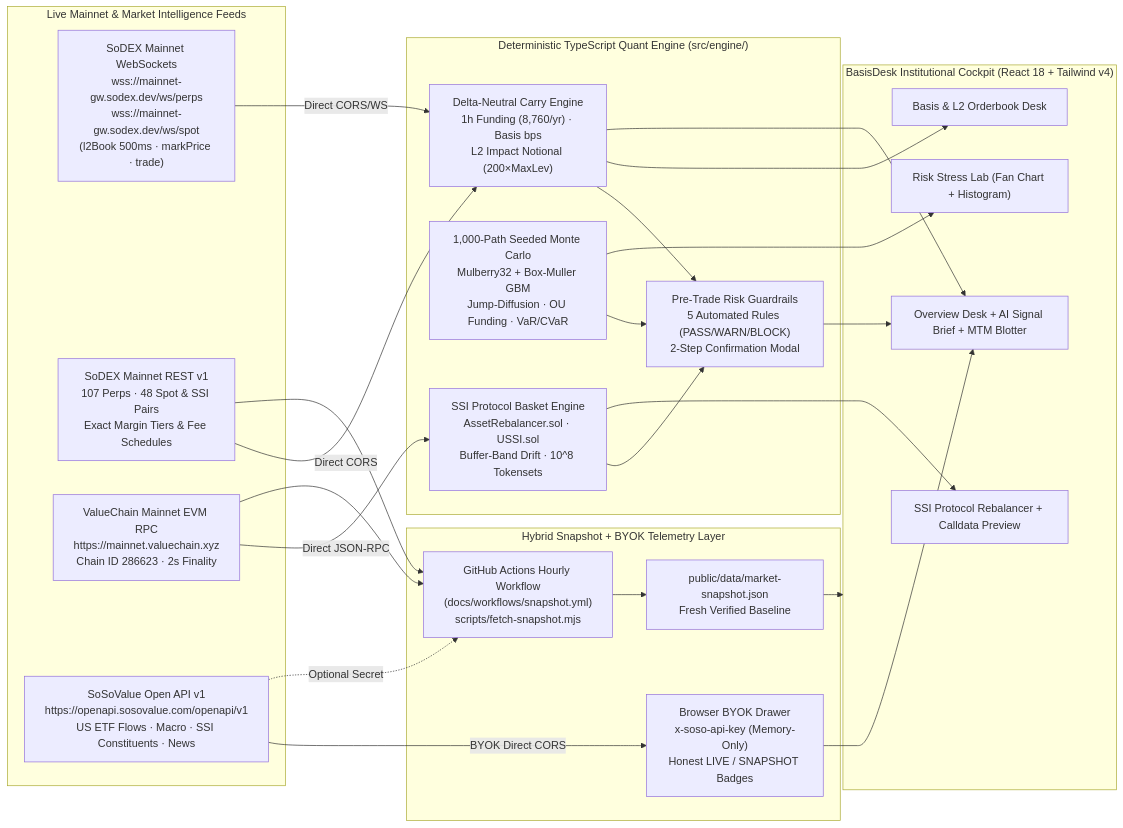
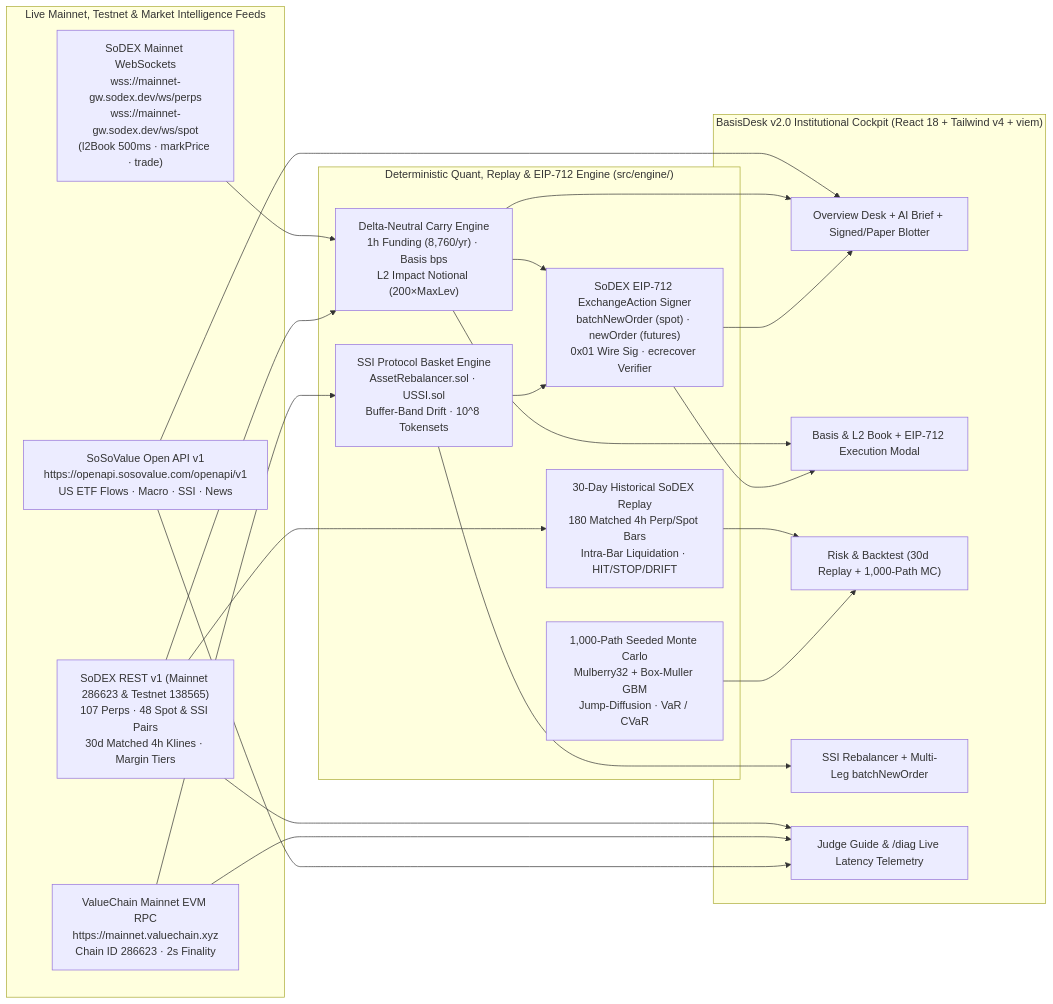
One commit to alphonshhhomenicmtu/basisdesk-soso changed the diagram in README.md. Above: the diagram before and after it, drawn with Mermaid. The commit also changed other lines of this file and 27 other files, not shown here.

Commit message:
feat(v2): add SoDEX EIP-712 ExchangeAction signer, 30d klines backtest, and /diag judge guide

````diff
--- a/README.md
+++ b/README.md
@@ -24,50 +43,44 @@
 ```mermaid
 flowchart LR
-    subgraph LiveData["Live Mainnet & Market Intelligence Feeds"]
+    subgraph LiveData["Live Mainnet, Testnet & Market Intelligence Feeds"]
         SDX_WS["SoDEX Mainnet WebSockets\nwss://mainnet-gw.sodex.dev/ws/perps\nwss://mainnet-gw.sodex.dev/ws/spot\n(l2Book 500ms · markPrice · trade)"]
-        SDX_REST["SoDEX Mainnet REST v1\n107 Perps · 48 Spot & SSI Pairs\nExact Margin Tiers & Fee Schedules"]
+        SDX_REST["SoDEX REST v1 (Mainnet 286623 & Testnet 138565)\n107 Perps · 48 Spot & SSI Pairs\n30d Matched 4h Klines · Margin Tiers"]
         VC_RPC["ValueChain Mainnet EVM RPC\nhttps://mainnet.valuechain.xyz\nChain ID 286623 · 2s Finality"]
-        SOSO_API["SoSoValue Open API v1\nhttps://openapi.sosovalue.com/openapi/v1\nUS ETF Flows · Macro · SSI Constituents · News"]
+        SOSO_API["SoSoValue Open API v1\nhttps://openapi.sosovalue.com/openapi/v1\nUS ETF Flows · Macro · SSI · News"]
     end
 
-    subgraph Resilience["Hybrid Snapshot + BYOK Telemetry Layer"]
-        GHA["GitHub Actions Hourly Workflow\n(docs/workflows/snapshot.yml)\nscripts/fetch-snapshot.mjs"]
-        SNAP["public/data/market-snapshot.json\nFresh Verified Baseline"]
-        BYOK["Browser BYOK Drawer\nx-soso-api-key (Memory-Only)\nHonest LIVE / SNAPSHOT Badges"]
+    subgraph QuantAndSign["Deterministic Quant, Replay & EIP-712 Engine (src/engine/)"]
+        CARRY["Delta-Neutral Carry Engine\n1h Funding (8,760/yr) · Basis bps\nL2 Impact Notional (200×MaxLev)"]
+        HIST["30-Day Historical SoDEX Replay\n180 Matched 4h Perp/Spot Bars\nIntra-Bar Liquidation · HIT/STOP/DRIFT"]
+        MC["1,000-Path Seeded Monte Carlo\nMulberry32 + Box-Muller GBM\nJump-Diffusion · VaR / CVaR"]
+        EIP["SoDEX EIP-712 ExchangeAction Signer\nbatchNewOrder (spot) · newOrder (futures)\n0x01 Wire Sig · ecrecover Verifier"]
+        SSI["SSI Protocol Basket Engine\nAssetRebalancer.sol · USSI.sol\nBuffer-Band Drift · 10^8 Tokensets"]
     end
 
-    subgraph QuantCore["Deterministic TypeScript Quant Engine (src/engine/)"]
-        CARRY["Delta-Neutral Carry Engine\n1h Funding (8,760/yr) · Basis bps\nL2 Impact Notional (200×MaxLev)"]
-        MC["1,000-Path Seeded Monte Carlo\nMulberry32 + Box-Muller GBM\nJump-Diffusion · OU Funding · VaR/CVaR"]
-        SSI["SSI Protocol Basket Engine\nAssetRebalancer.sol · USSI.sol\nBuffer-Band Drift · 10^8 Tokensets"]
-        GATE["Pre-Trade Risk Guardrails\n5 Automated Rules (PASS/WARN/BLOCK)\n2-Step Confirmation Modal"]
+    subgraph DeskUI["BasisDesk v2.0 Institutional Cockpit (React 18 + Tailwind v4 + viem)"]
+        T1["Overview Desk + AI Brief + Signed/Paper Blotter"]
+        T2["Basis & L2 Book + EIP-712 Execution Modal"]
+        T3["Risk & Backtest (30d Replay + 1,000-Path MC)"]
+        T4["SSI Rebalancer + Multi-Leg batchNewOrder"]
+        T5["Judge Guide & /diag Live Latency Telemetry"]
     end
 
-    subgraph DeskUI["BasisDesk Institutional Cockpit (React 18 + Tailwind v4)"]
-        T1["Overview Desk + AI Signal Brief + MTM Blotter"]
-        T2["Basis & L2 Orderbook Desk"]
-        T3["Risk Stress Lab (Fan Chart + Histogram)"]
-        T4["SSI Protocol Rebalancer + Calldata Preview"]
-    end
-
-    SDX_REST --> GHA
-    VC_RPC --> GHA
-    SOSO_API -.->|Optional Secret| GHA
-    GHA --> SNAP
-
-    SNAP --> DeskUI
-    SDX_WS -->|Direct CORS/WS| CARRY
-    SDX_REST -->|Direct CORS| CARRY
-    VC_RPC -->|Direct JSON-RPC| SSI
-    SOSO_API -->|BYOK Direct CORS| BYOK
-    BYOK --> T1
+    SDX_WS --> CARRY
+    SDX_REST --> CARRY
+    SDX_REST --> HIST
+    SDX_REST --> T5
+    VC_RPC --> SSI
+    VC_RPC --> T5
+    SOSO_API --> T1
+    SOSO_API --> T5
 
     CARRY --> T1
     CARRY --> T2
+    HIST --> T3
     MC --> T3
     SSI --> T4
-    CARRY --> GATE
-    MC --> GATE
-    SSI --> GATE
-    GATE --> T1
+    CARRY --> EIP
+    SSI --> EIP
+    EIP --> T2
+    EIP --> T1
 ```
````
